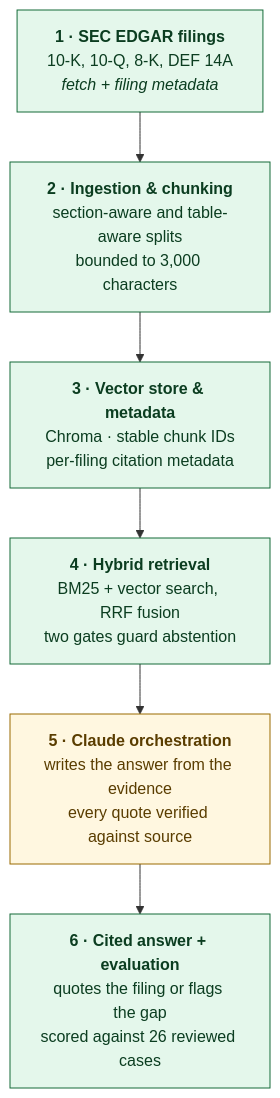
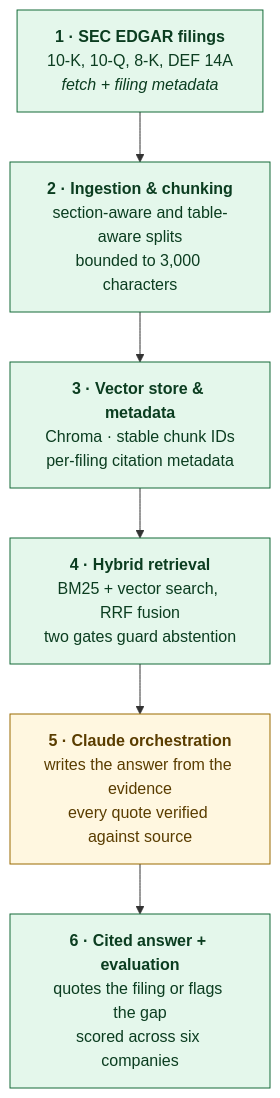
The diagram in PROGRESS.md (eliu1122/sec-simplifier), drawn with Mermaid before and after one commit. The commit also changed other lines of this file and 5 other files, not shown here.

````diff
--- a/PROGRESS.md
+++ b/PROGRESS.md
@@ -28,18 +28,18 @@
 ```mermaid
 flowchart TD
     A["<b>1 · SEC EDGAR filings</b><br/>10-K, 10-Q, 8-K, DEF 14A<br/><i>fetch + filing metadata</i>"]
     B["<b>2 · Ingestion &amp; chunking</b><br/>section-aware and table-aware splits<br/>bounded to 3,000 characters"]
     C["<b>3 · Vector store &amp; metadata</b><br/>Chroma · stable chunk IDs<br/>per-filing citation metadata"]
     D["<b>4 · Hybrid retrieval</b><br/>BM25 + vector search, RRF fusion<br/>two gates guard abstention"]
     E["<b>5 · Claude orchestration</b><br/>writes the answer from the evidence<br/>every quote verified against source"]
-    F["<b>6 · Cited answer + evaluation</b><br/>quotes the filing or flags the gap<br/>scored against 26 reviewed cases"]
+    F["<b>6 · Cited answer + evaluation</b><br/>quotes the filing or flags the gap<br/>scored across six companies"]
 
     A --> B --> C --> D --> E --> F
 
     classDef done fill:#e4f7eb,stroke:#146b38,color:#0b3d20;
     classDef partial fill:#fff7e0,stroke:#9a6b00,color:#5a3d00;
     classDef planned fill:#eef2ff,stroke:#3f51b5,color:#22307a;
 
     class A,B,C,D,F done;
     class E partial;
 ```
````
